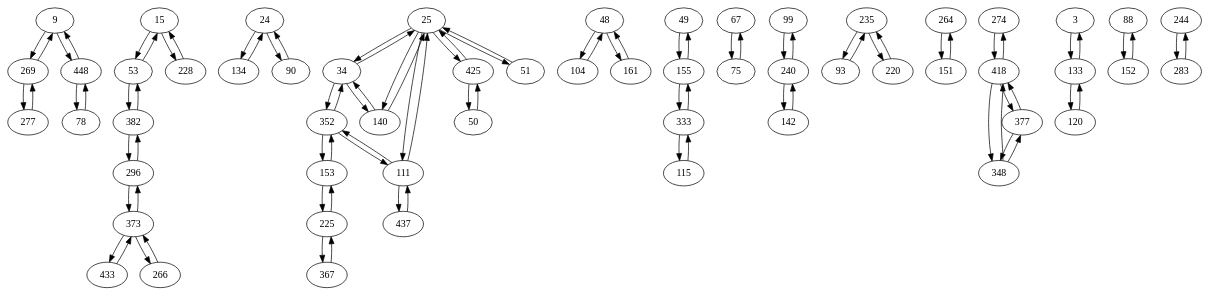
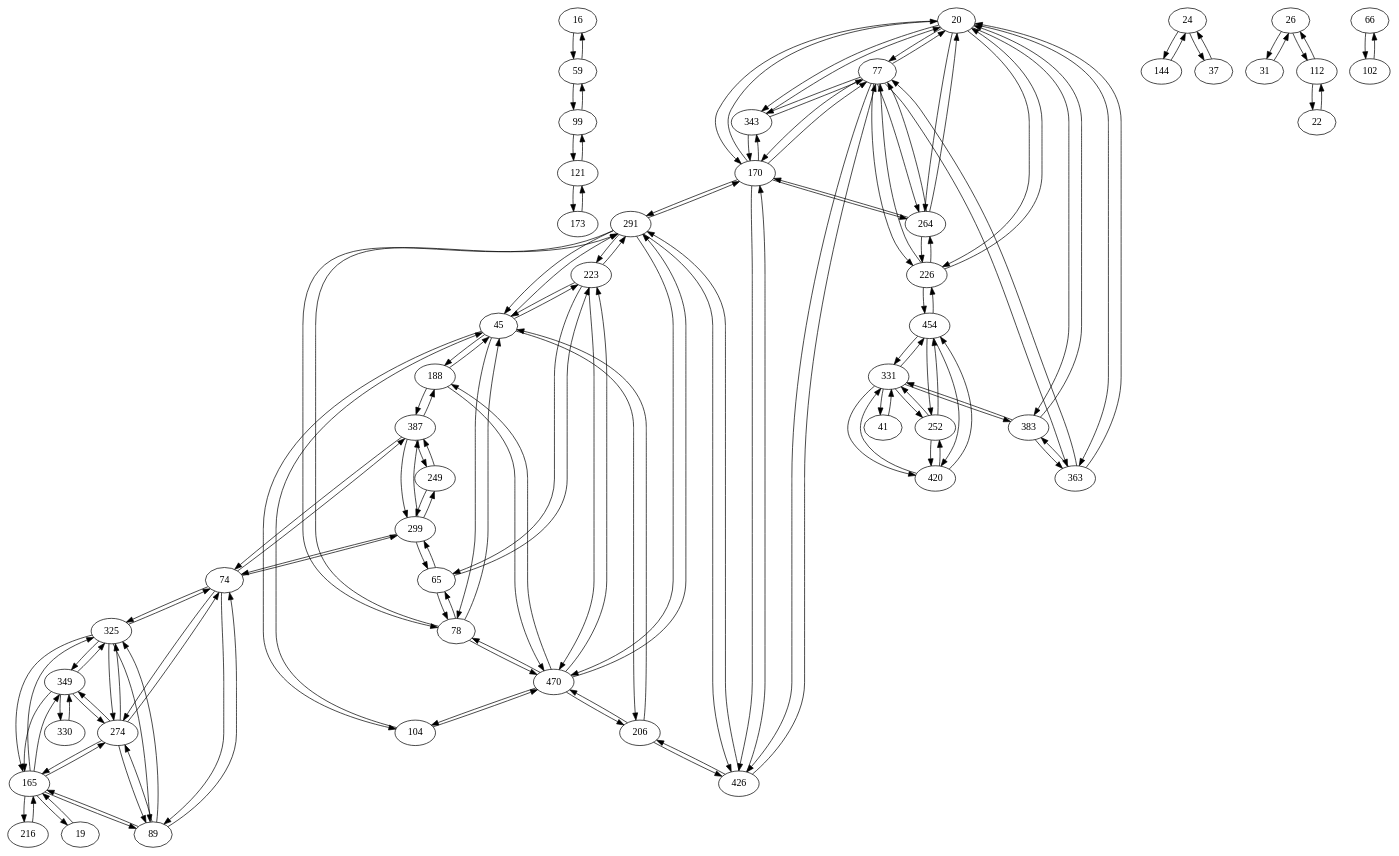
One commit to AuCson/Genome-Assembly-Implementation changed the diagram in external/dbg2olc/RawOverlapGraph.dot. Above: the diagram before and after it, drawn with Graphviz. The commit also changed 105 other files, not shown here.

```diff
--- a/external/dbg2olc/RawOverlapGraph.dot
+++ b/external/dbg2olc/RawOverlapGraph.dot
@@ -1,92 +1,158 @@
 digraph G {
-9 -> 269;
-15 -> 53;
-15 -> 228;
-24 -> 134;
-25 -> 34;
-25 -> 111;
-25 -> 140;
-34 -> 352;
-48 -> 104;
-48 -> 161;
-49 -> 155;
-50 -> 425;
-53 -> 15;
-67 -> 75;
-75 -> 67;
-78 -> 448;
-99 -> 240;
-104 -> 48;
-111 -> 437;
-111 -> 352;
-115 -> 333;
-134 -> 24;
-140 -> 34;
-142 -> 240;
-153 -> 352;
-155 -> 333;
-155 -> 49;
-225 -> 153;
-225 -> 367;
-235 -> 93;
-235 -> 220;
-240 -> 142;
-240 -> 99;
-264 -> 151;
-269 -> 9;
-274 -> 418;
-277 -> 269;
-296 -> 382;
-333 -> 155;
-333 -> 115;
-352 -> 153;
-373 -> 296;
-382 -> 53;
-418 -> 274;
-418 -> 348;
-425 -> 25;
-433 -> 373;
-437 -> 111;
-3 -> 133;
-9 -> 448;
-24 -> 90;
-25 -> 51;
-25 -> 425;
-34 -> 25;
-34 -> 140;
-51 -> 25;
-53 -> 382;
-88 -> 152;
-90 -> 24;
-93 -> 235;
-111 -> 25;
-120 -> 133;
-133 -> 120;
-133 -> 3;
-140 -> 25;
-151 -> 264;
-152 -> 88;
-153 -> 225;
-161 -> 48;
-220 -> 235;
-228 -> 15;
-244 -> 283;
-266 -> 373;
-269 -> 277;
-283 -> 244;
-296 -> 373;
-348 -> 377;
-348 -> 418;
-352 -> 34;
-352 -> 111;
-367 -> 225;
-373 -> 266;
-373 -> 433;
-377 -> 418;
-377 -> 348;
-382 -> 296;
-418 -> 377;
-425 -> 50;
-448 -> 9;
-448 -> 78;
+16 -> 59;
+20 -> 77;
+20 -> 170;
+24 -> 144;
+26 -> 31;
+45 -> 188;
+45 -> 104;
+59 -> 16;
+65 -> 299;
+74 -> 274;
+74 -> 89;
+74 -> 325;
+77 -> 426;
+77 -> 170;
+78 -> 291;
+89 -> 274;
+89 -> 165;
+89 -> 325;
+99 -> 59;
+104 -> 470;
+104 -> 45;
+112 -> 26;
+121 -> 173;
+165 -> 325;
+165 -> 89;
+165 -> 274;
+170 -> 426;
+170 -> 291;
+188 -> 470;
+188 -> 45;
+206 -> 45;
+206 -> 470;
+216 -> 165;
+223 -> 291;
+226 -> 264;
+226 -> 20;
+226 -> 77;
+252 -> 420;
+252 -> 454;
+264 -> 226;
+274 -> 325;
+274 -> 89;
+274 -> 74;
+291 -> 223;
+291 -> 78;
+291 -> 45;
+291 -> 470;
+299 -> 387;
+299 -> 74;
+299 -> 249;
+325 -> 274;
+325 -> 165;
+325 -> 349;
+330 -> 349;
+331 -> 252;
+331 -> 383;
+331 -> 420;
+331 -> 454;
+363 -> 20;
+363 -> 77;
+383 -> 20;
+383 -> 363;
+387 -> 299;
+387 -> 188;
+420 -> 454;
+426 -> 170;
+426 -> 77;
+454 -> 226;
+470 -> 188;
+470 -> 104;
+19 -> 165;
+20 -> 343;
+20 -> 264;
+20 -> 226;
+20 -> 363;
+20 -> 383;
+22 -> 112;
+24 -> 37;
+26 -> 112;
+31 -> 26;
+37 -> 24;
+41 -> 331;
+45 -> 223;
+45 -> 78;
+45 -> 206;
+45 -> 291;
+59 -> 99;
+65 -> 223;
+65 -> 78;
+66 -> 102;
+74 -> 387;
+74 -> 299;
+77 -> 343;
+77 -> 264;
+77 -> 20;
+77 -> 226;
+77 -> 363;
+78 -> 470;
+78 -> 65;
+78 -> 45;
+89 -> 74;
+99 -> 121;
+102 -> 66;
+112 -> 22;
+121 -> 99;
+144 -> 24;
+165 -> 349;
+165 -> 19;
+165 -> 216;
+170 -> 343;
+170 -> 264;
+170 -> 20;
+170 -> 77;
+173 -> 121;
+188 -> 387;
+206 -> 426;
+223 -> 470;
+223 -> 65;
+223 -> 45;
+226 -> 454;
+249 -> 387;
+249 -> 299;
+252 -> 331;
+264 -> 170;
+264 -> 77;
+264 -> 20;
+274 -> 349;
+274 -> 165;
+291 -> 426;
+291 -> 170;
+299 -> 65;
+325 -> 74;
+325 -> 89;
+331 -> 41;
+343 -> 170;
+343 -> 77;
+343 -> 20;
+349 -> 274;
+349 -> 165;
+349 -> 325;
+349 -> 330;
+363 -> 383;
+383 -> 331;
+387 -> 249;
+387 -> 74;
+420 -> 252;
+420 -> 331;
+426 -> 291;
+426 -> 206;
+454 -> 252;
+454 -> 331;
+454 -> 420;
+470 -> 223;
+470 -> 78;
+470 -> 206;
+470 -> 291;
 }
```
